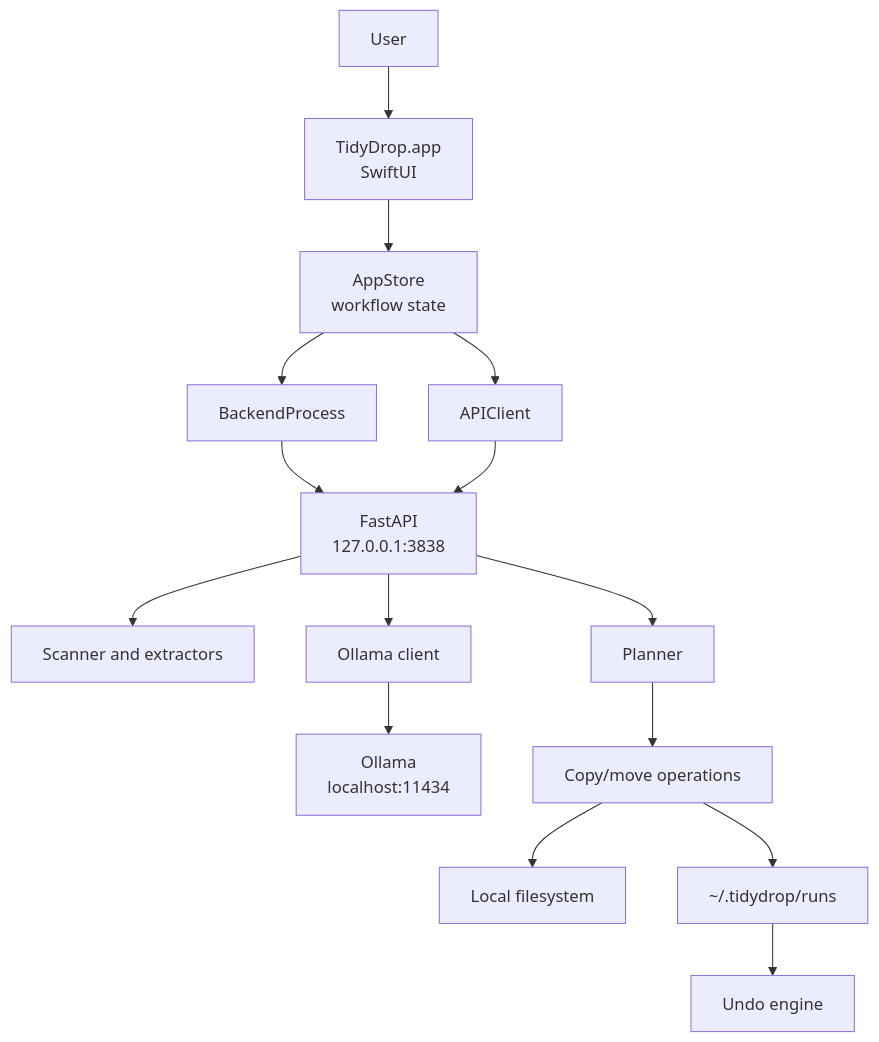
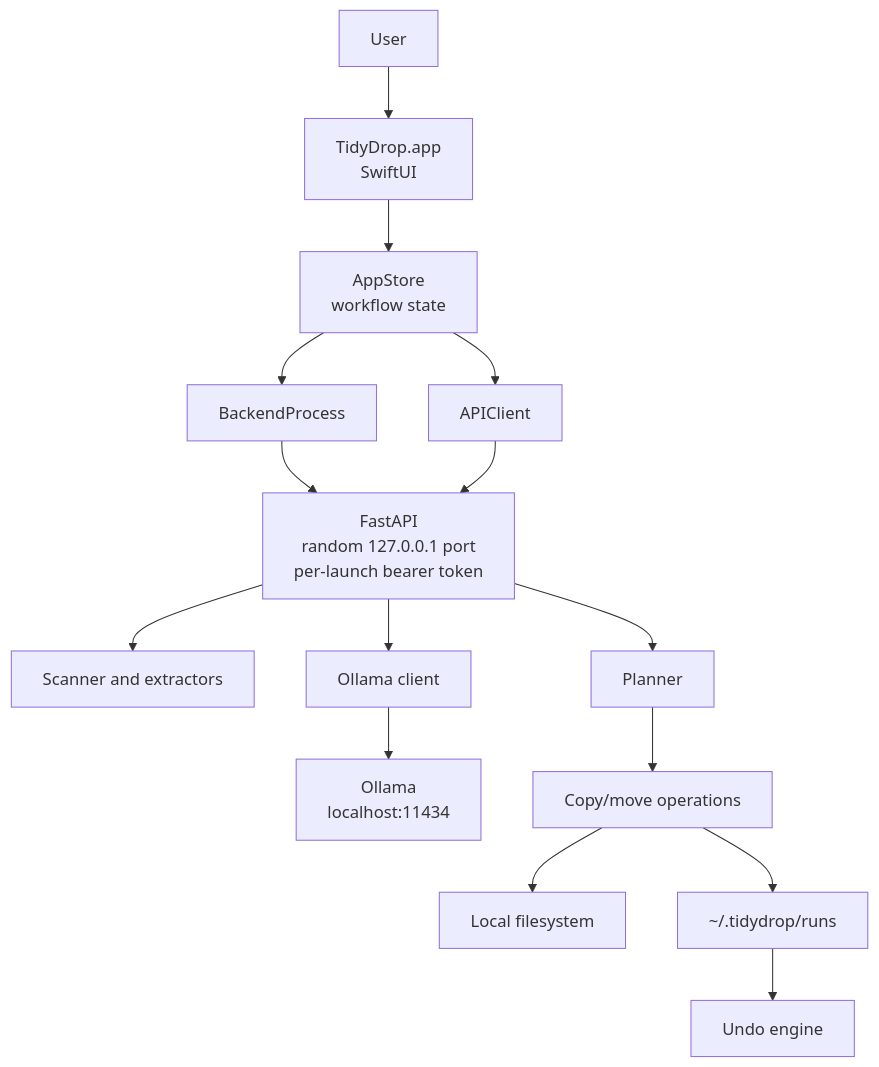
One commit to 77Aymeric/tidydrop changed the first of 2 diagrams in docs/ARCHITECTURE.md. Above: the diagram before and after it, drawn with Mermaid. The commit also changed other lines of this file and 35 other files, not shown here.

````diff
--- a/docs/ARCHITECTURE.md
+++ b/docs/ARCHITECTURE.md
@@ -7,17 +7,17 @@
 ```mermaid
 graph TD
     User["User"] --> App["TidyDrop.app<br/>SwiftUI"]
     App --> Store["AppStore<br/>workflow state"]
     Store --> Client["APIClient"]
     Store --> Process["BackendProcess"]
-    Process --> API["FastAPI<br/>127.0.0.1:3838"]
+    Process --> API["FastAPI<br/>random 127.0.0.1 port<br/>per-launch bearer token"]
     Client --> API
     API --> Scanner["Scanner and extractors"]
     API --> OllamaClient["Ollama client"]
     OllamaClient --> Ollama["Ollama<br/>localhost:11434"]
     API --> Planner["Planner"]
     Planner --> Operations["Copy/move operations"]
     Operations --> Files["Local filesystem"]
     Operations --> History["~/.tidydrop/runs"]
     History --> Undo["Undo engine"]
 ```
````
